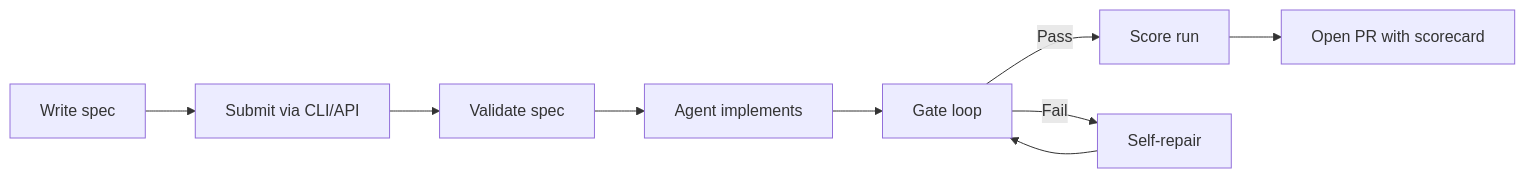
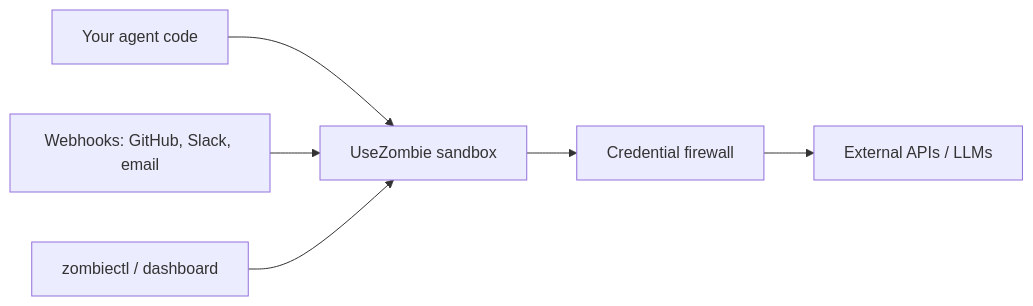
Before and after one commit to usezombie/docs: the first of 3 diagrams in how-it-works.mdx, drawn with Mermaid. The commit also changed other lines of this file and 1 other file, not shown here.

First line of the commit message:
docs: reflect v2 pivot — agent hosting, credential firewall

````diff
--- a/how-it-works.mdx
+++ b/how-it-works.mdx
@@ -10,11 +10,8 @@
 ```mermaid
 flowchart LR
-    A[Write spec] --> B[Submit via CLI/API]
-    B --> C[Validate spec]
-    C --> D[Agent implements]
-    D --> E[Gate loop]
-    E -->|Pass| F[Score run]
-    E -->|Fail| G[Self-repair]
-    G --> E
-    F --> H[Open PR with scorecard]
+    A[Your agent code] --> B[UseZombie sandbox]
+    B --> C[Credential firewall]
+    C --> D[External APIs / LLMs]
+    E[Webhooks: GitHub, Slack, email] --> B
+    F[zombiectl / dashboard] --> B
 ```
````
